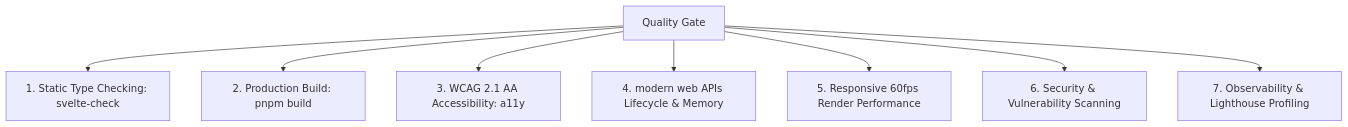
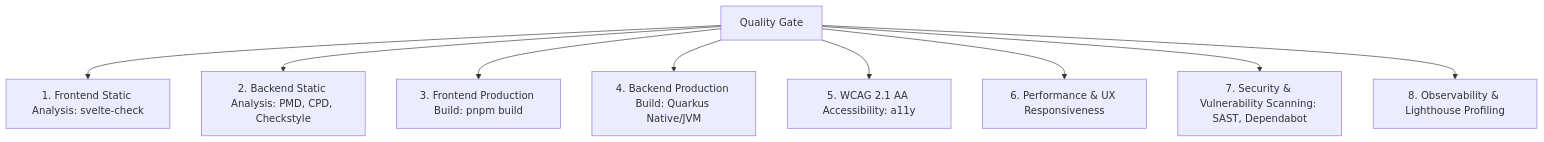
Before and after one commit to fmatar/sealit: the diagram in .agent/skills/sdlc-quality-gate/SKILL.md, drawn with Mermaid. The commit also changed other lines of this file and 1 other file, not shown here.

Commit message:
feat(quality-gate): add Quarkus, PMD, Checkstyle, and CPD to SDLC flow

````diff
--- a/.agent/skills/sdlc-quality-gate/SKILL.md
+++ b/.agent/skills/sdlc-quality-gate/SKILL.md
@@ -16,10 +16,11 @@
 ```mermaid
 graph TD
-    A[Quality Gate] --> B[1. Static Type Checking: svelte-check]
-    A --> C[2. Production Build: pnpm build]
-    A --> D[3. WCAG 2.1 AA Accessibility: a11y]
-    A --> E[4. modern web APIs Lifecycle & Memory]
-    A --> F[5. Responsive 60fps Render Performance]
-    A --> G[6. Security & Vulnerability Scanning]
-    A --> H[7. Observability & Lighthouse Profiling]
+    A[Quality Gate] --> B[1. Frontend Static Analysis: svelte-check]
+    A --> C[2. Backend Static Analysis: PMD, CPD, Checkstyle]
+    A --> D[3. Frontend Production Build: pnpm build]
+    A --> E[4. Backend Production Build: Quarkus Native/JVM]
+    A --> F[5. WCAG 2.1 AA Accessibility: a11y]
+    A --> G[6. Performance & UX Responsiveness]
+    A --> H[7. Security & Vulnerability Scanning: SAST, Dependabot]
+    A --> I[8. Observability & Lighthouse Profiling]
 ```
````
